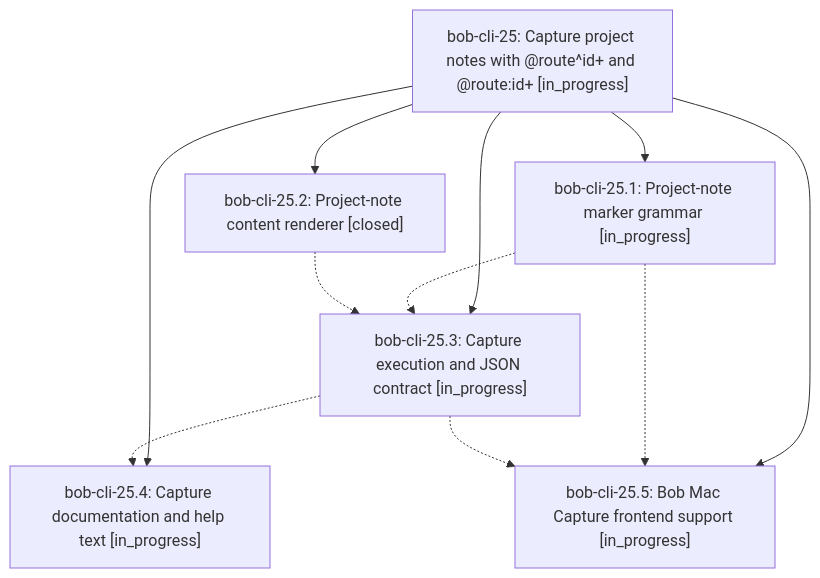
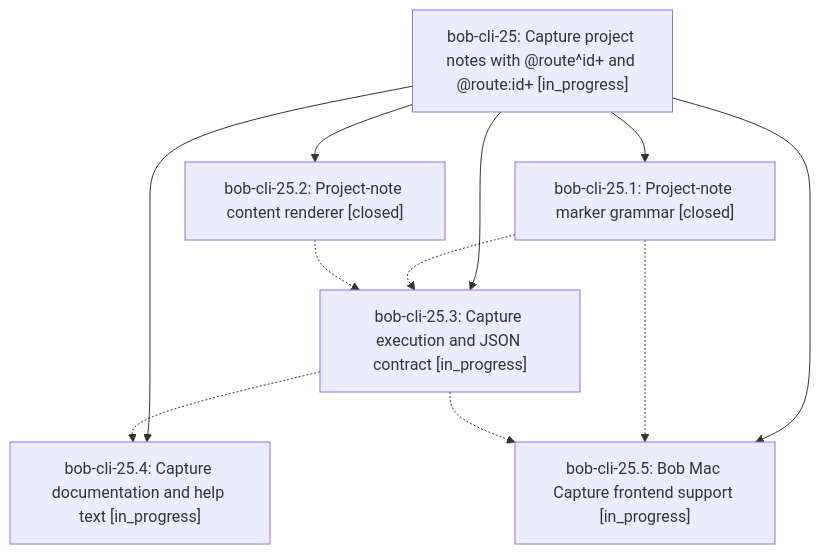
Before and after one commit to bobs-org/bob-cli--beads: the diagram in pages/bob-cli-25/README.md, drawn with Mermaid. The commit also changed other lines of this file and 3 other files, not shown here.

First line of the commit message:
chore(beads): sync bead state and pages for bob-cli-25

````diff
--- a/pages/bob-cli-25/README.md
+++ b/pages/bob-cli-25/README.md
@@ -26,19 +26,19 @@
 ```mermaid
 flowchart TD
     n0["bob-cli-25: Capture project notes with @route^id+ and @route:id+ [in_progress]"]
-    n1["bob-cli-25.1: Project-note marker grammar [in_progress]"]
+    n1["bob-cli-25.1: Project-note marker grammar [closed]"]
     n2["bob-cli-25.2: Project-note content renderer [closed]"]
     n3["bob-cli-25.3: Capture execution and JSON contract [in_progress]"]
     n4["bob-cli-25.4: Capture documentation and help text [in_progress]"]
     n5["bob-cli-25.5: Bob Mac Capture frontend support [in_progress]"]
     n0 --> n1
     n0 --> n2
     n0 --> n3
     n0 --> n4
     n0 --> n5
     n1 -.-> n3
     n1 -.-> n5
     n2 -.-> n3
     n3 -.-> n4
     n3 -.-> n5
 ```
````
